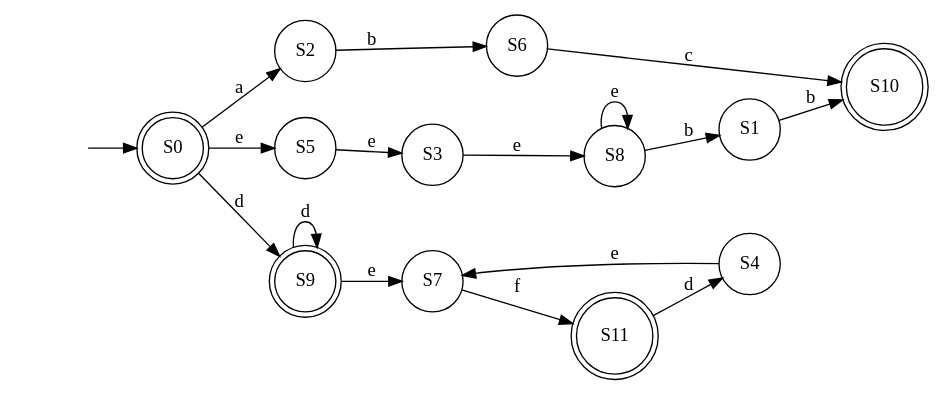
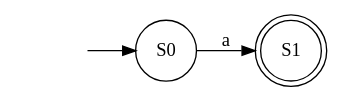
The diagram in lab2/regex.dot (konstantin2506/automata_theory), drawn with Graphviz before and after one commit. The commit also changed 15 other files, not shown here.

```diff
--- a/lab2/regex.dot
+++ b/lab2/regex.dot
@@ -1,36 +1,12 @@
 digraph DFA {
     rankdir=LR;
 
     start [shape=none, label=""];
 
-    0 [label="S0", shape=doublecircle];
-    1 [label="S1", shape=circle];
-    2 [label="S2", shape=circle];
-    3 [label="S3", shape=circle];
-    4 [label="S4", shape=circle];
-    5 [label="S5", shape=circle];
-    6 [label="S6", shape=circle];
-    7 [label="S7", shape=circle];
-    8 [label="S8", shape=circle];
-    9 [label="S9", shape=doublecircle];
-    10 [label="S10", shape=doublecircle];
-    11 [label="S11", shape=doublecircle];
+    0 [label="S0", shape=circle];
+    1 [label="S1", shape=doublecircle];
 
     start -> 0;
 
-    0 -> 9 [label="d"];
-    0 -> 5 [label="e"];
-    0 -> 2 [label="a"];
-    1 -> 10 [label="b"];
-    2 -> 6 [label="b"];
-    3 -> 8 [label="e"];
-    4 -> 7 [label="e"];
-    5 -> 3 [label="e"];
-    6 -> 10 [label="c"];
-    7 -> 11 [label="f"];
-    8 -> 1 [label="b"];
-    8 -> 8 [label="e"];
-    9 -> 9 [label="d"];
-    9 -> 7 [label="e"];
-    11 -> 4 [label="d"];
+    0 -> 1 [label="a"];
 }
```
